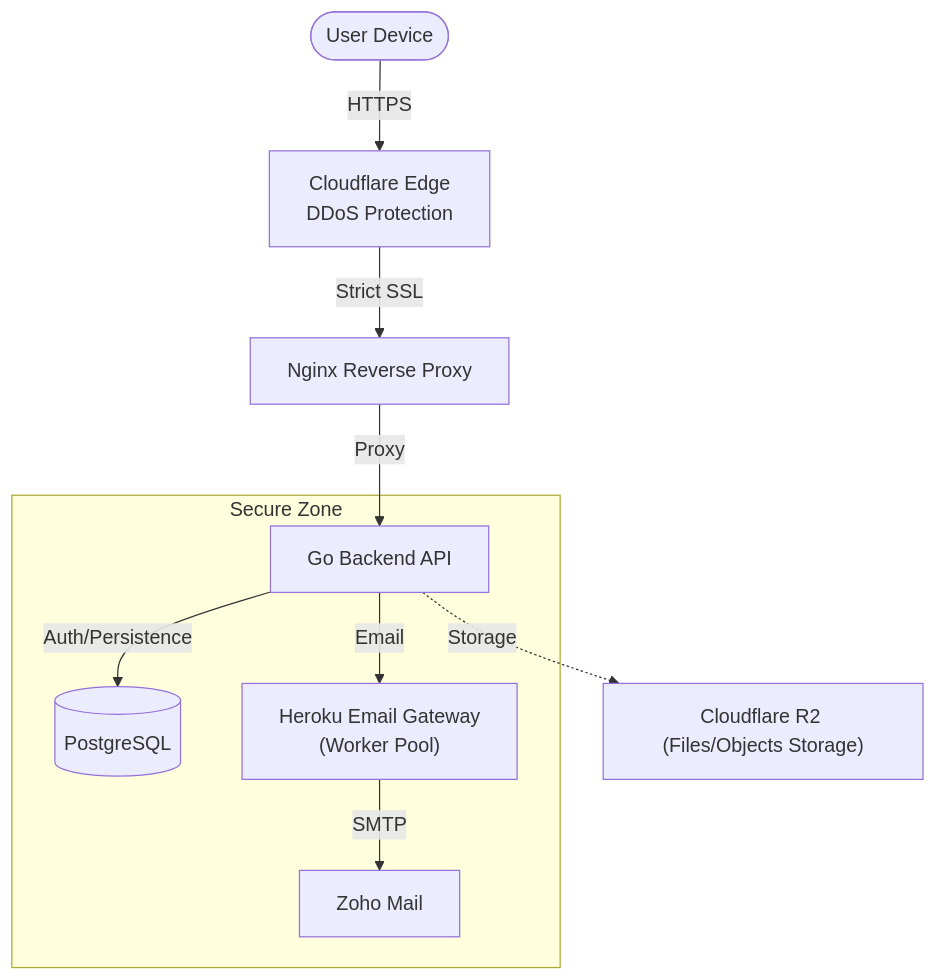
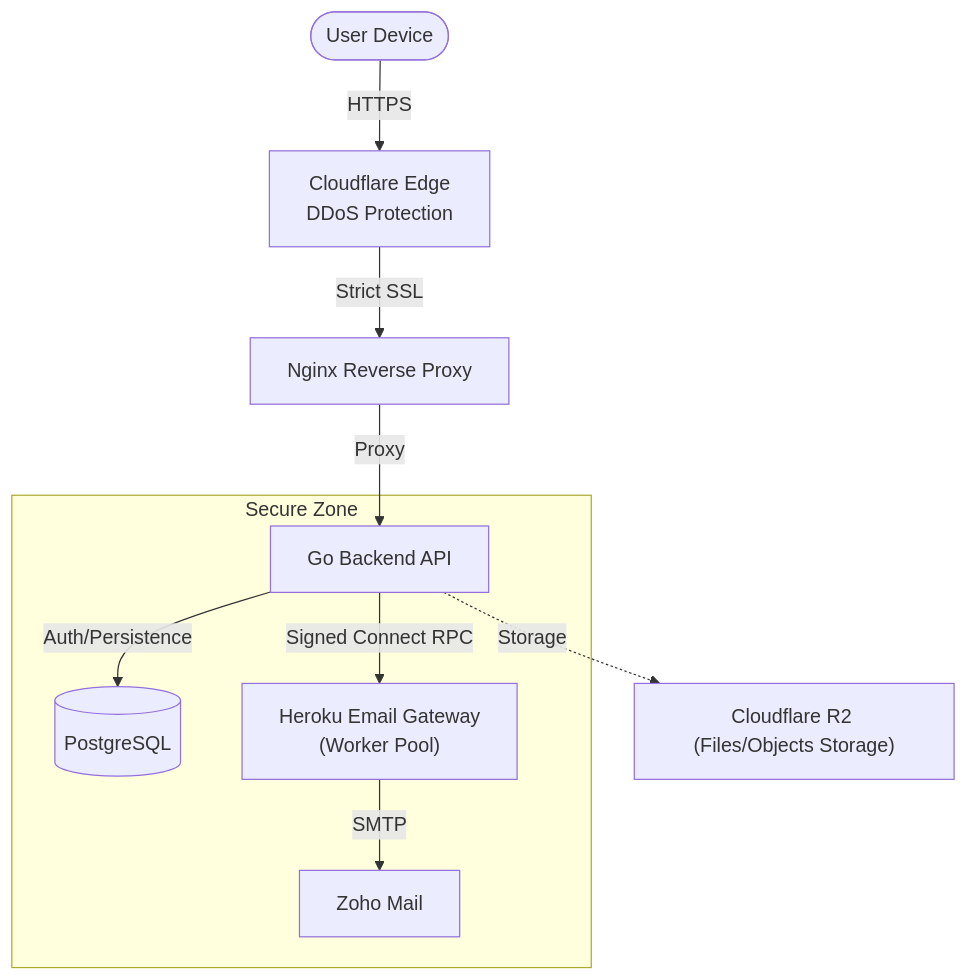
The diagram in README.md (wpbasket/chatbasket_backend), drawn with Mermaid before and after one commit. The commit also changed other lines of this file and 7 other files, not shown here.

````diff
--- a/README.md
+++ b/README.md
@@ -28,14 +28,14 @@
 ```mermaid
 graph TD
     User(["User Device"]) -->|HTTPS| CF["Cloudflare Edge<br>DDoS Protection"]
     CF -->|Strict SSL| Nginx["Nginx Reverse Proxy"]
     Nginx -->|Proxy| API["Go Backend API"]
     
     subgraph "Secure Zone"
     API -->|Auth/Persistence| DB[("PostgreSQL")]
-    API -->|Email| Gateway["Heroku Email Gateway<br>(Worker Pool)"]
+    API -->|Signed Connect RPC| Gateway["Heroku Email Gateway<br>(Worker Pool)"]
     Gateway -->|SMTP| Zoho["Zoho Mail"]
     end
 
     API -.->|Storage| R2["Cloudflare R2 (Files/Objects Storage)"]
 ```
````
